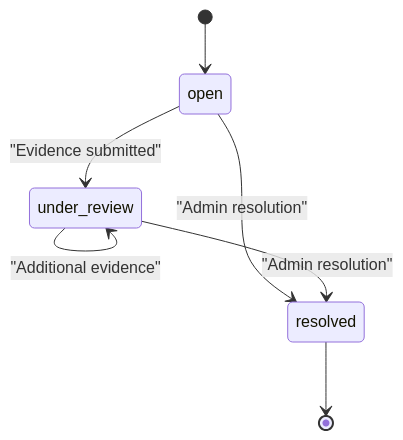
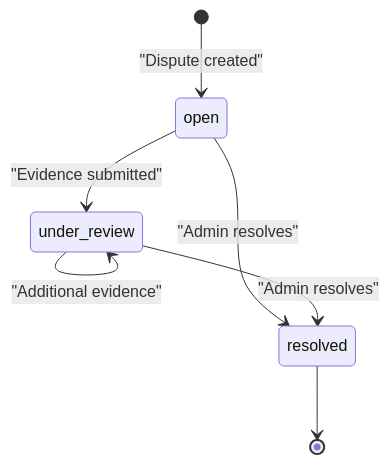
Before and after one commit to ProTechPh/FreelanceXchain-api: the diagram in docs/api/disputes.md, drawn with Mermaid. The commit also changed other lines of this file and 17 other files, not shown here.

````diff
--- a/docs/api/disputes.md
+++ b/docs/api/disputes.md
@@ -234,9 +226,9 @@
 ```mermaid
 stateDiagram-v2
-[*] --> open
-open --> under_review : "Evidence submitted"
-under_review --> under_review : "Additional evidence"
-open --> resolved : "Admin resolution"
-under_review --> resolved : "Admin resolution"
-resolved --> [*]
+    [*] --> open : "Dispute created"
+    open --> under_review : "Evidence submitted"
+    under_review --> under_review : "Additional evidence"
+    open --> resolved : "Admin resolves"
+    under_review --> resolved : "Admin resolves"
+    resolved --> [*]
 ```
````
